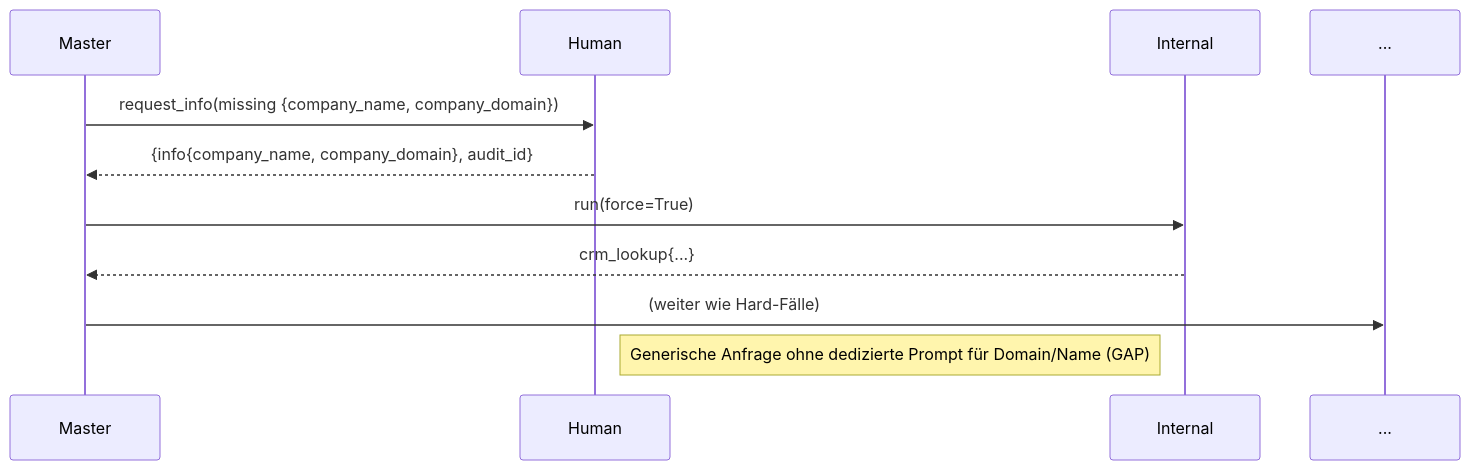
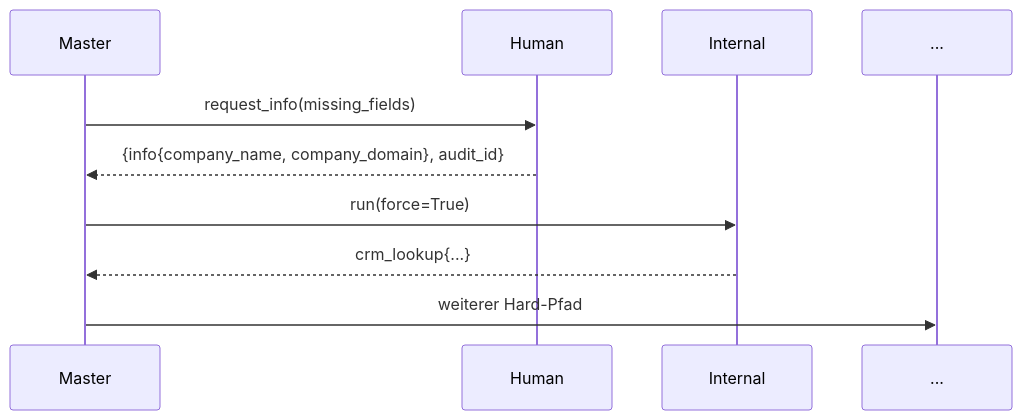
One commit to KonstantinData/Lead-Market-Insights changed the sixth of 8 diagrams in docs/hubspot_dossier_audit.md. Above: the diagram before and after it, drawn with Mermaid. The commit also changed other lines of this file, not shown here.

````diff
--- a/docs/hubspot_dossier_audit.md
+++ b/docs/hubspot_dossier_audit.md
@@ -117,9 +110,8 @@
 ```mermaid
 sequenceDiagram
-    Master->>Human: request_info(missing {company_name, company_domain})
+    Master->>Human: request_info(missing_fields)
     Human-->>Master: {info{company_name, company_domain}, audit_id}
     Master->>Internal: run(force=True)
     Internal-->>Master: crm_lookup{...}
-    Master->>...: (weiter wie Hard-Fälle)
-    Note right of Human: Generische Anfrage ohne dedizierte Prompt für Domain/Name (GAP)
+    Master->>...: weiterer Hard-Pfad
 ```
````
